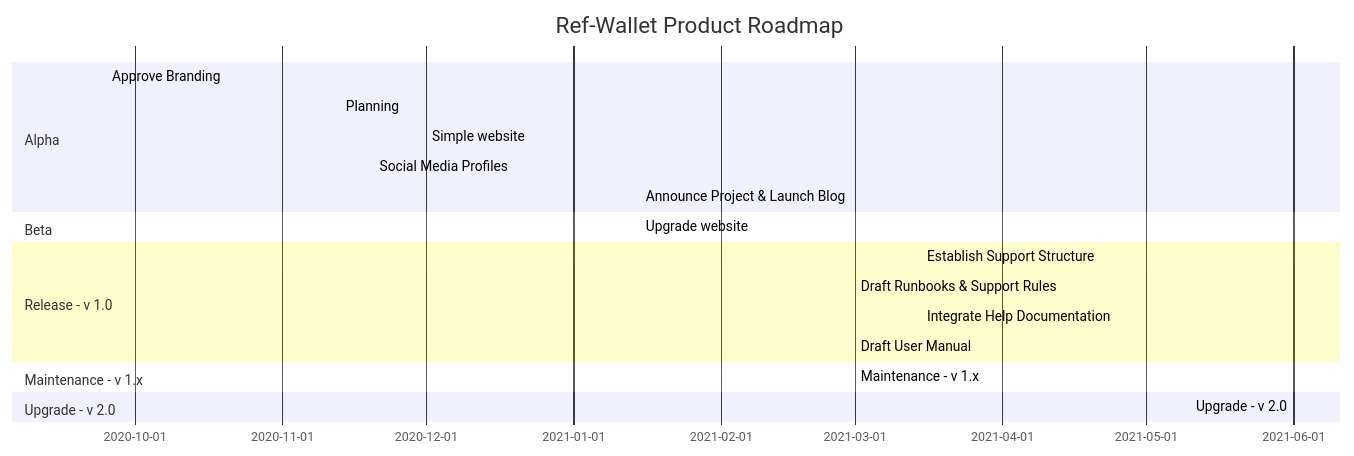
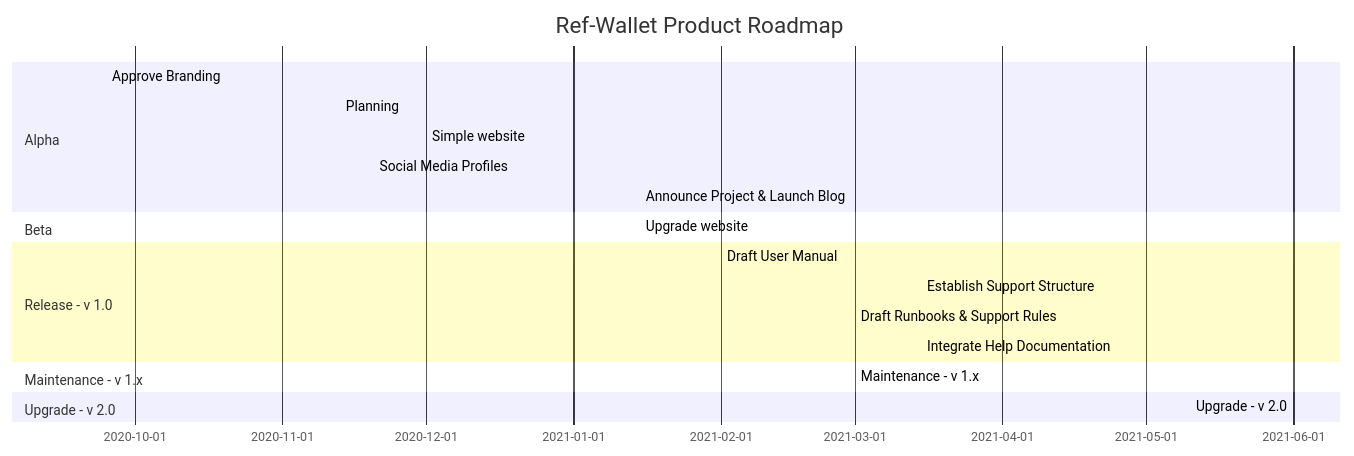
One commit to trilitech/umami-v1 changed the diagram in docs/operative/product_plan.md. Above: the diagram before and after it, drawn with Mermaid.

````diff
--- a/docs/operative/product_plan.md
+++ b/docs/operative/product_plan.md
@@ -40,21 +40,21 @@
 ```mermaid
 gantt
     title Ref-Wallet Product Roadmap
     section Alpha
     Approve Branding                                  :done  , 2020-09-25, 2021-01-13
     Planning                                          :done  , 2020-11-13, 2020-11-20
     Simple website                                    :done  , 2020-12-01, 2020-12-30
     Social Media Profiles                             :done  , 2020-11-20, 2020-11-30
     Announce Project & Launch Blog                    :done  , 2021-01-15, 2021-01-31
     section Beta
     Upgrade website                                   :done  , 2021-01-15, 2021-01-31
     section Release - v 1.0
+    Draft User Manual                                 :active, 2021-02-01, 2021-04-01
     Establish Support Structure                       :active, 2021-03-15, 2021-03-31
     Draft Runbooks & Support Rules                    :active, 2021-03-01, 2021-03-30
     Integrate Help Documentation                      :active, 2021-03-15, 2021-03-30
-    Draft User Manual                                 :active, 2021-03-01, 2021-04-01
     section Maintenance - v 1.x
     Maintenance - v 1.x                               :active, 2021-03-01, 2021-06-01
     section Upgrade - v 2.0
     Upgrade - v 2.0                                   :active, 2021-06-01, 2021-09-01
 ```
````
